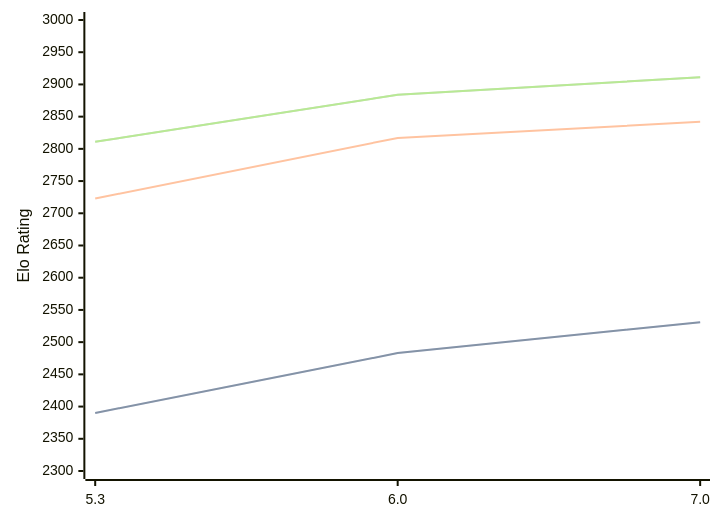
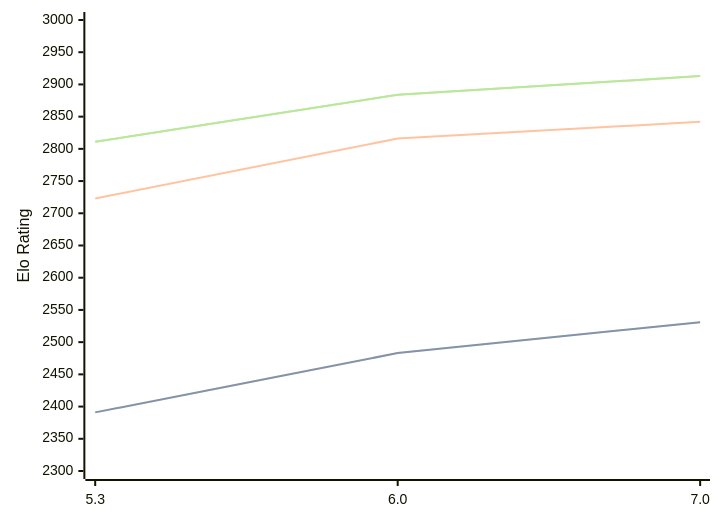
Before and after one commit to computer-chess-index/cci: the diagram in engines/tomitankChess.md, drawn with Mermaid. The commit also changed other lines of this file, not shown here.

Commit message:
Update CCI Ratings (ELO VLTC) - 2026-09-15

````diff
--- a/engines/tomitankChess.md
+++ b/engines/tomitankChess.md
@@ -33,11 +33,11 @@
 ```mermaid
 %%{init: {"theme":"base","themeVariables":{"seriesColors:['#a3a3a3','#222221','#faa371']}}}%%
 xychart-beta
   x-axis ["5.3", "6.0", "7.0"]
   y-axis "Elo Rating" 2300 --> 3000
-  line "" [2390, 2483, 2531]
-  line "STC (8.0+0.08s)" [2390, 2483, 2531]
-  line "LTC (60.0+0.60s)" [2723, 2817, 2842]
-  line "" [2811, 2884, 2911]
-  line "VLTC (2m24s+1.12s)" [2811, 2884, 2911]
+  line "" [2391, 2483, 2531]
+  line "STC (8.0+0.08s)" [2391, 2483, 2531]
+  line "LTC (60.0+0.60s)" [2723, 2816, 2842]
+  line "" [2811, 2884, 2913]
+  line "VLTC (2m24s+1.12s)" [2811, 2884, 2913]
 ```
````
